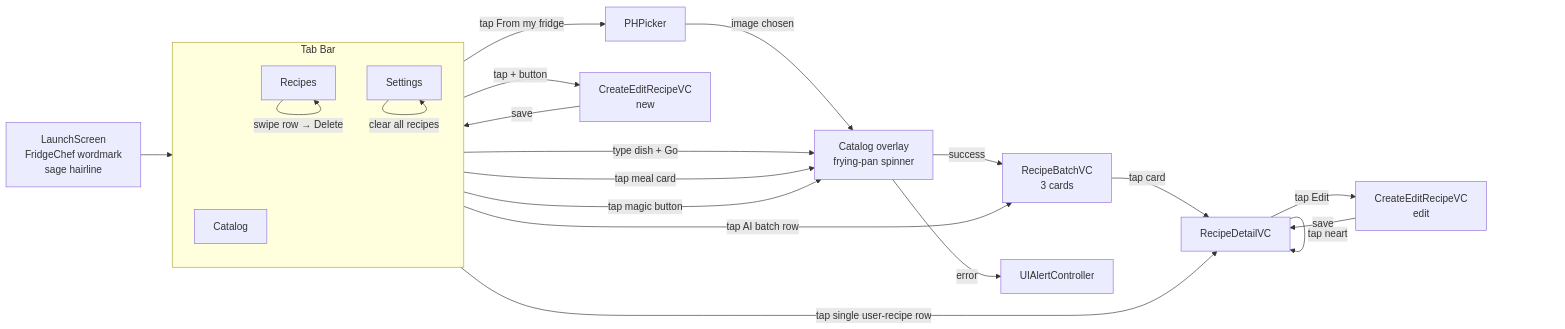
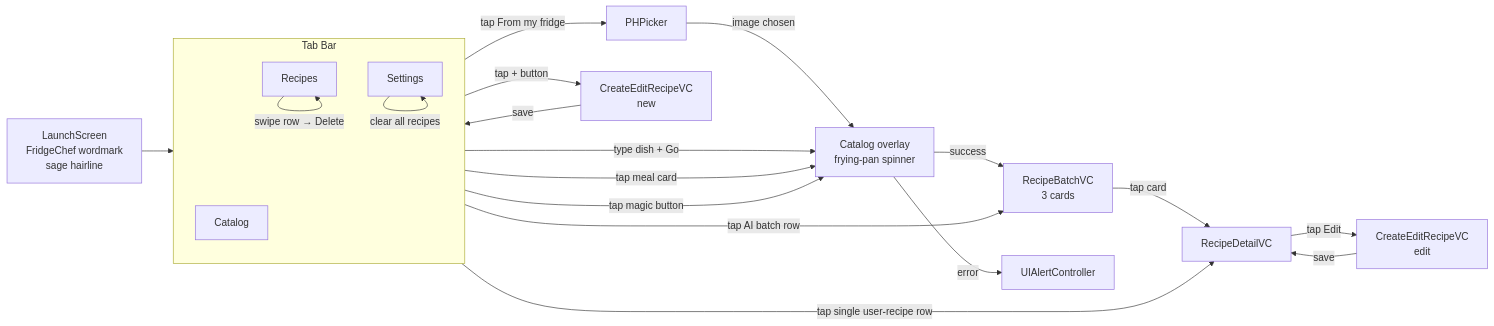
The first of 9 diagrams in docs/CROSS_PLATFORM_SPEC.md (ZeekrBaha/fridgechef-ios), drawn with Mermaid before and after one commit. The commit also changed other lines of this file and 4 other files, not shown here.

First line of the commit message:
feat: favorite from the Recipes list row instead of the detail screen

````diff
--- a/docs/CROSS_PLATFORM_SPEC.md
+++ b/docs/CROSS_PLATFORM_SPEC.md
@@ -38,37 +38,37 @@
 ```mermaid
 flowchart LR
     Launch[LaunchScreen<br/>FridgeChef wordmark<br/>sage hairline]
     Launch --> Tabs
 
     subgraph Tabs[Tab Bar]
         direction TB
         Home[Catalog]
         Recipes[Recipes]
         Settings[Settings]
     end
 
     Home -->|type dish + Go| Loading1[Catalog overlay<br/>frying-pan spinner]
     Home -->|tap meal card| Loading1
     Home -->|tap From my fridge| Picker[PHPicker]
     Picker -->|image chosen| Loading1
     Home -->|tap magic button| Loading1
 
     Loading1 -->|success| Batch[RecipeBatchVC<br/>3 cards]
     Loading1 -->|error| Alert[UIAlertController]
 
     Batch -->|tap card| Detail[RecipeDetailVC]
 
     Recipes -->|tap AI batch row| Batch
     Recipes -->|tap single user-recipe row| Detail
     Recipes -->|tap + button| CreateEdit[CreateEditRecipeVC<br/>new]
+    Recipes -->|tap heart on row| Recipes
     Recipes -->|All / Favorites filter| Recipes
     Recipes -->|swipe row → Delete| Recipes
     CreateEdit -->|save| Recipes
 
     Detail -->|tap Edit| CreateEdit2[CreateEditRecipeVC<br/>edit]
-    Detail -->|tap heart| Detail
     CreateEdit2 -->|save| Detail
 
     Settings -->|theme picker| Settings
     Settings -->|clear all recipes| Settings
 ```
````
